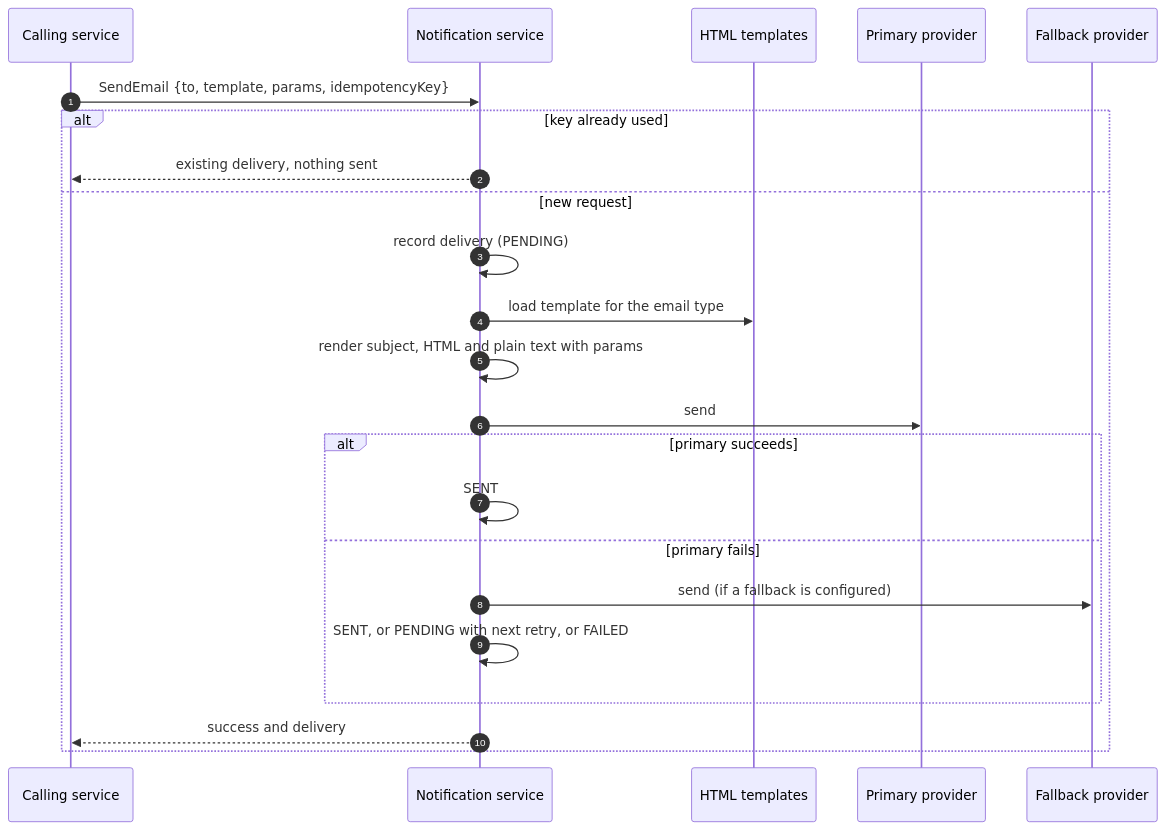
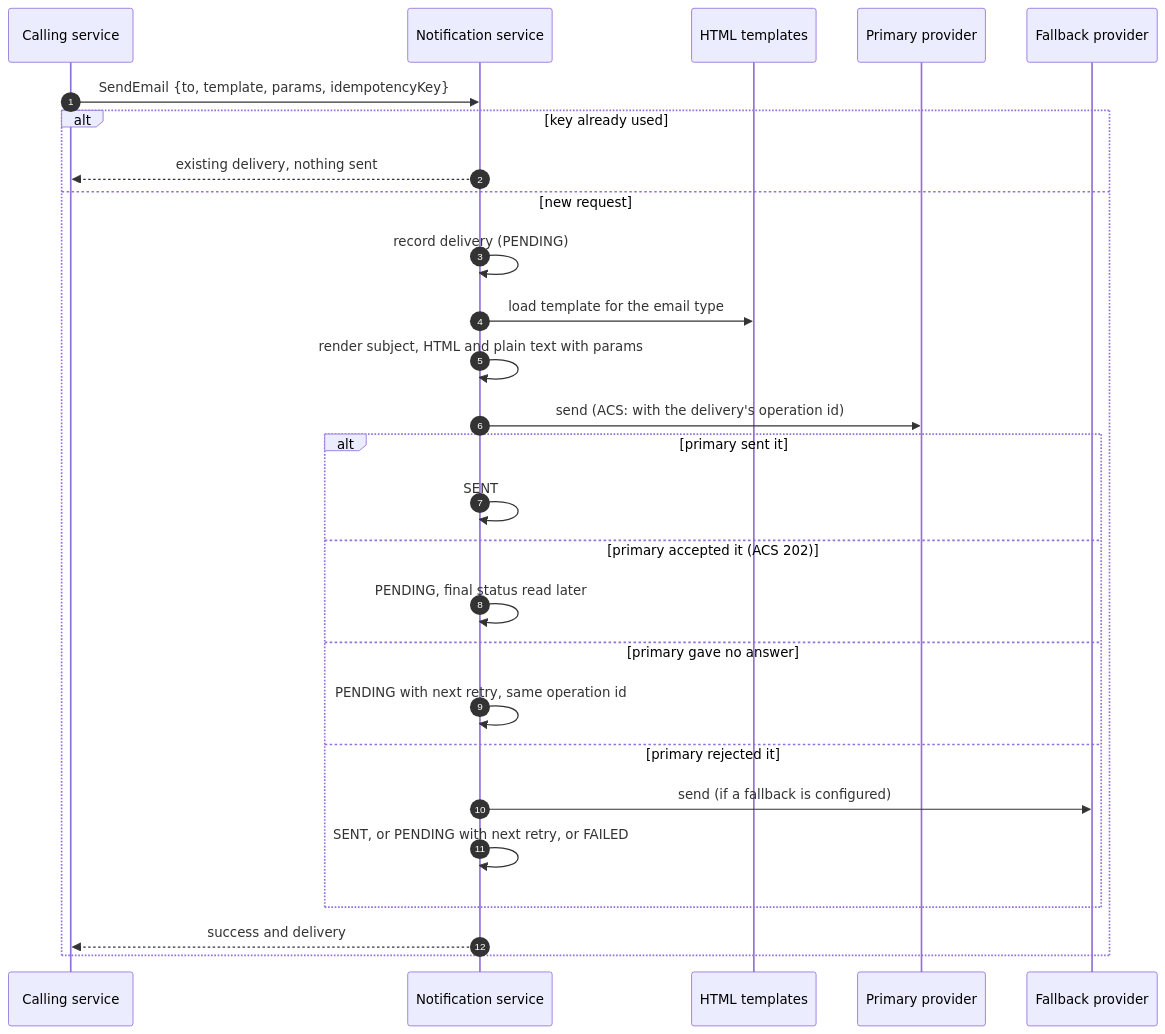
The diagram in docs/notification-service/README.md (PCPI-UN/Iris), drawn with Mermaid before and after one commit. The commit also changed other lines of this file and 3 other files, not shown here.

````diff
--- a/docs/notification-service/README.md
+++ b/docs/notification-service/README.md
@@ -66,26 +94,30 @@
 ```mermaid
 sequenceDiagram
     autonumber
     participant C as Calling service
     participant N as Notification service
     participant T as HTML templates
     participant P as Primary provider
     participant F as Fallback provider
 
     C->>N: SendEmail {to, template, params, idempotencyKey}
     alt key already used
         N-->>C: existing delivery, nothing sent
     else new request
         N->>N: record delivery (PENDING)
         N->>T: load template for the email type
         N->>N: render subject, HTML and plain text with params
-        N->>P: send
-        alt primary succeeds
+        N->>P: send (ACS: with the delivery's operation id)
+        alt primary sent it
             N->>N: SENT
-        else primary fails
+        else primary accepted it (ACS 202)
+            N->>N: PENDING, final status read later
+        else primary gave no answer
+            N->>N: PENDING with next retry, same operation id
+        else primary rejected it
             N->>F: send (if a fallback is configured)
             N->>N: SENT, or PENDING with next retry, or FAILED
         end
         N-->>C: success and delivery
     end
 ```
````
